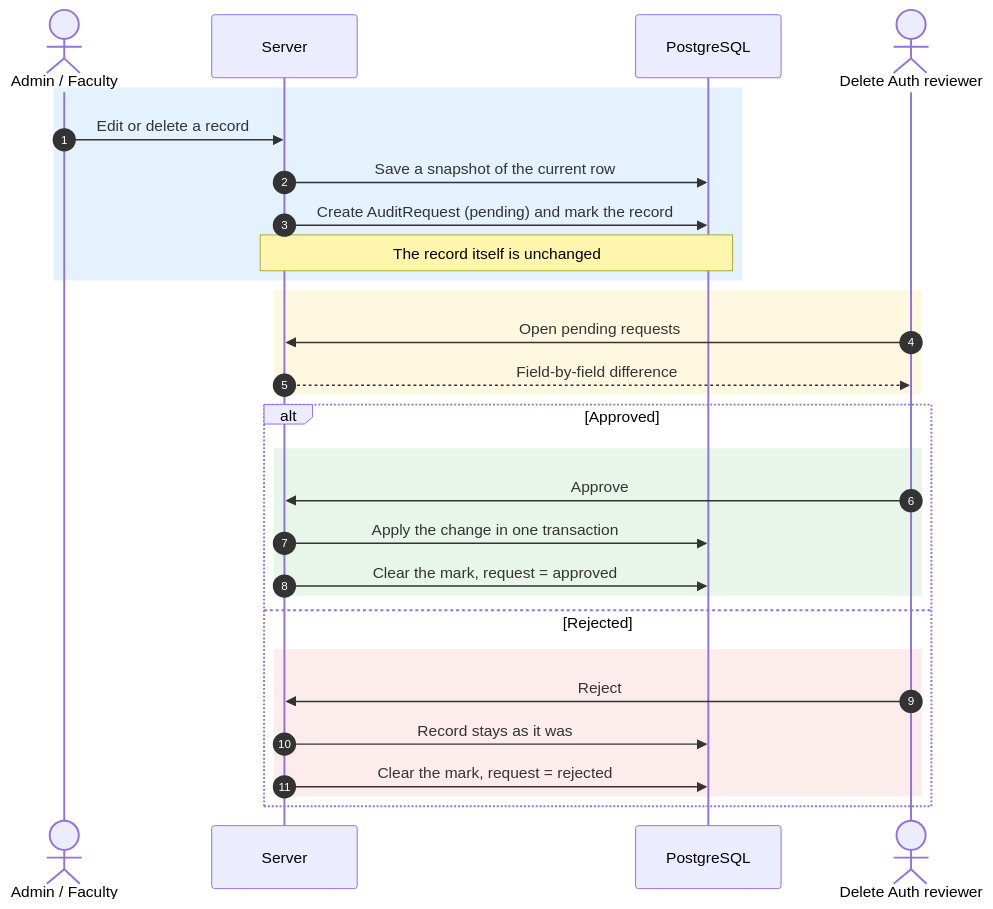
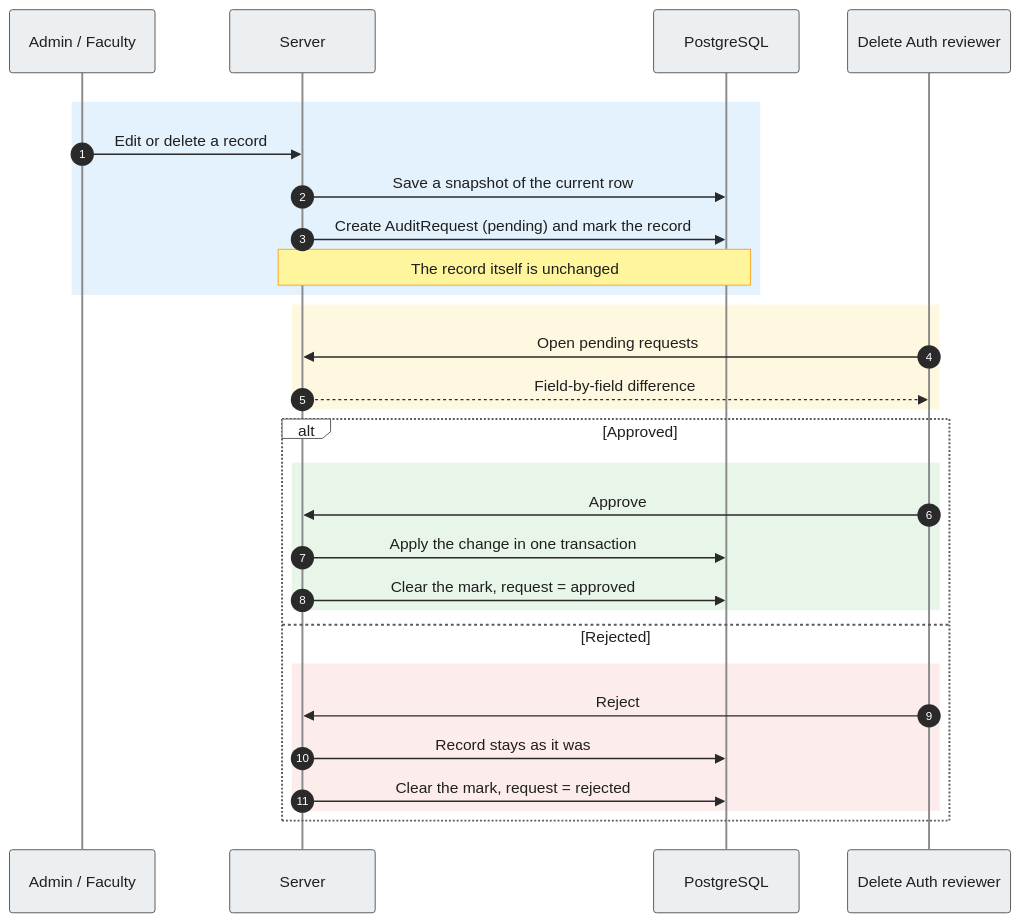
The third of 10 diagrams in README.md (aarushchaudhary/nmpralekh), drawn with Mermaid before and after one commit. The commit also changed other lines of this file and 6 other files, not shown here.

Commit message:
Make README sequence diagram text dark and readable in GitHub dark mode

````diff
--- a/README.md
+++ b/README.md
@@ -191,34 +191,37 @@
 ```mermaid
+%%{init: {'theme':'base','themeVariables':{'actorBkg':'#ECEFF1','actorBorder':'#5A5A5A','actorTextColor':'#1F1F1F','actorLineColor':'#8A8A8A','signalColor':'#2A2A2A','signalTextColor':'#1F1F1F','sequenceNumberColor':'#FFFFFF','labelBoxBkgColor':'#FFFFFF','labelBoxBorderColor':'#5A5A5A','labelTextColor':'#1F1F1F','loopTextColor':'#1F1F1F','noteBkgColor':'#FFF59D','noteBorderColor':'#F9A825','noteTextColor':'#1F1F1F'}}}%%
 sequenceDiagram
     autonumber
-    actor U as Admin / Faculty
+    participant U as Admin / Faculty
     participant S as Server
     participant DB as PostgreSQL
-    actor R as Delete Auth reviewer
+    participant R as Delete Auth reviewer
 
-    rect rgb(227, 242, 253)
-    U->>S: Edit or delete a record
-    S->>DB: Save a snapshot of the current row
-    S->>DB: Create AuditRequest (pending) and mark the record
-    Note over S,DB: The record itself is unchanged
-    end
+    rect rgb(255, 255, 255)
+        rect rgb(227, 242, 253)
+        U->>S: Edit or delete a record
+        S->>DB: Save a snapshot of the current row
+        S->>DB: Create AuditRequest (pending) and mark the record
+        Note over S,DB: The record itself is unchanged
+        end
 
-    rect rgb(255, 248, 225)
-    R->>S: Open pending requests
-    S-->>R: Field-by-field difference
-    end
+        rect rgb(255, 248, 225)
+        R->>S: Open pending requests
+        S-->>R: Field-by-field difference
+        end
 
-    alt Approved
-        rect rgb(232, 245, 233)
-        R->>S: Approve
-        S->>DB: Apply the change in one transaction
-        S->>DB: Clear the mark, request = approved
-        end
-    else Rejected
-        rect rgb(253, 236, 236)
-        R->>S: Reject
-        S->>DB: Record stays as it was
-        S->>DB: Clear the mark, request = rejected
+        alt Approved
+            rect rgb(232, 245, 233)
+            R->>S: Approve
+            S->>DB: Apply the change in one transaction
+            S->>DB: Clear the mark, request = approved
+            end
+        else Rejected
+            rect rgb(253, 236, 236)
+            R->>S: Reject
+            S->>DB: Record stays as it was
+            S->>DB: Clear the mark, request = rejected
+            end
         end
     end
 ```
````
